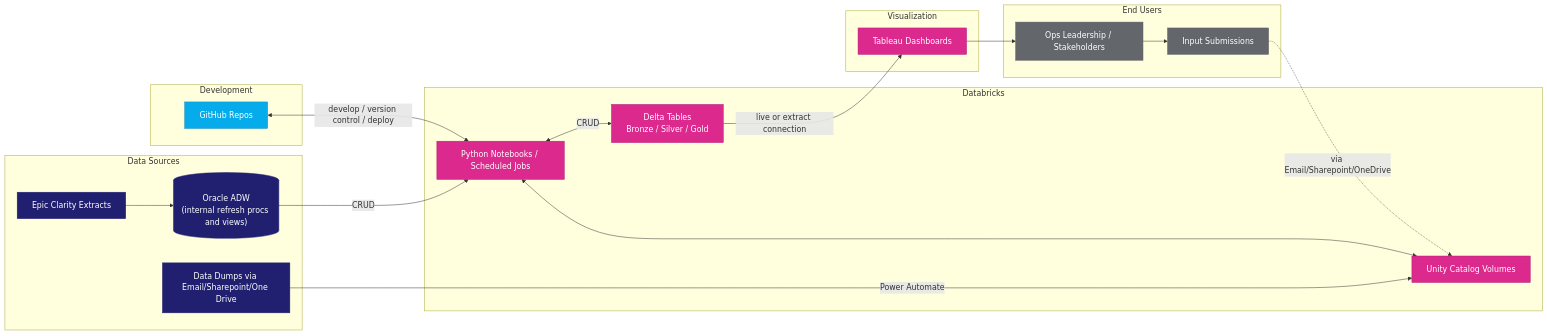
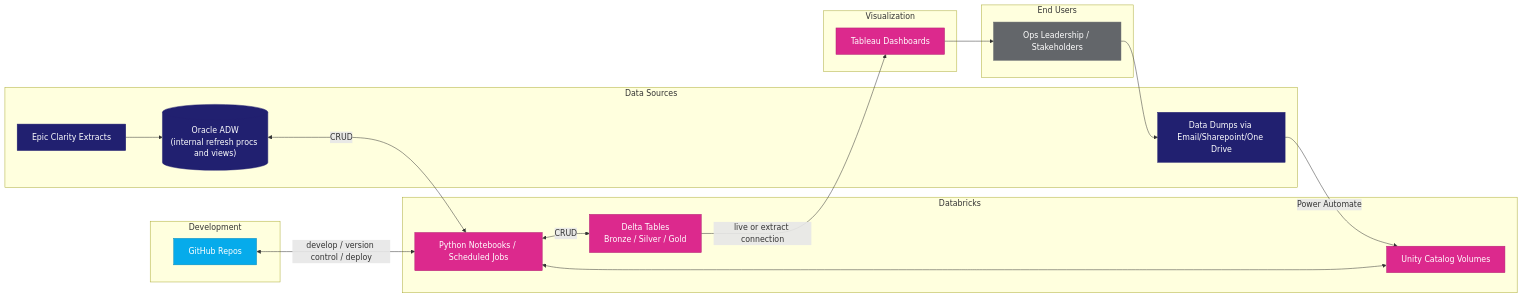
One commit to MSHS-OAO/Databricks-Tableau-User-Guide changed the second of 2 diagrams in Databricks/README.md. Above: the diagram before and after it, drawn with Mermaid. The commit also changed other lines of this file, not shown here.

````diff
--- a/Databricks/README.md
+++ b/Databricks/README.md
@@ -51,41 +53,39 @@
 ```mermaid
 flowchart LR
     subgraph Sources["Data Sources"]
         EPIC[Epic Clarity Extracts]
         ORA[("Oracle ADW<br>(internal refresh procs and views)")]
         EMAIL[Data Dumps via Email/Sharepoint/One Drive]
     end
     subgraph DBX["Databricks"]
         VOL[Unity Catalog Volumes]
         JOBS[Python Notebooks / Scheduled Jobs]
         DLT[Delta Tables<br>Bronze / Silver / Gold]
     end
     subgraph DevOps["Development"]
         GH[GitHub Repos]
     end
     subgraph Viz["Visualization"]
         TAB[Tableau Dashboards]
     end
     subgraph Users["End Users"]
         USR[Ops Leadership / Stakeholders]
-        INP[Input Submissions]
     end
     EPIC --> ORA
     EMAIL -->|Power Automate| VOL
-    ORA -->|CRUD| JOBS
+    ORA <-->|CRUD| JOBS
     VOL <--> JOBS
     JOBS <-->|CRUD| DLT
     GH <-->|develop / version control / deploy| JOBS
     DLT -->|live or extract connection| TAB
     TAB --> USR
-    USR --> INP
-    INP -.->|via Email/Sharepoint/OneDrive| VOL
+    USR --> EMAIL
     classDef navy fill:#212070,stroke:#212070,color:#ffffff
     classDef cyan fill:#06ABEB,stroke:#0689BC,color:#ffffff
     classDef magenta fill:#DC298D,stroke:#B02171,color:#ffffff
     classDef gray fill:#63666A,stroke:#63666A,color:#ffffff
     class EPIC,ORA,EMAIL navy
     class GH cyan
     class VOL,DLT,JOBS,TAB magenta
     class USR,INP gray
 ```
````
